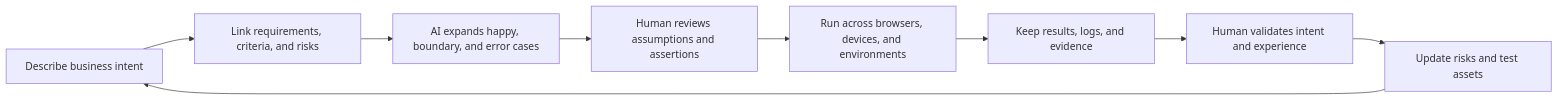
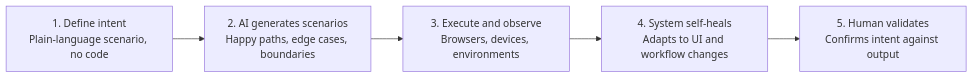
Before and after one commit to naodeng/naodeng.com.cn: the second of 3 diagrams in src/blog/en/AI-Testing/vibe-testing-intent-driven-quality.mdx, drawn with Mermaid. The commit also changed other lines of this file and 124 other files, not shown here.

````diff
--- a/src/blog/en/AI-Testing/vibe-testing-intent-driven-quality.mdx
+++ b/src/blog/en/AI-Testing/vibe-testing-intent-driven-quality.mdx
@@ -52,11 +52,7 @@
 ```mermaid
 flowchart LR
-    A[Describe business intent] --> B[Link requirements, criteria, and risks]
-    B --> C[AI expands happy, boundary, and error cases]
-    C --> D[Human reviews assumptions and assertions]
-    D --> E[Run across browsers, devices, and environments]
-    E --> F[Keep results, logs, and evidence]
-    F --> G[Human validates intent and experience]
-    G --> H[Update risks and test assets]
-    H --> A
+    A[1. Define intent<br/>Plain-language scenario, no code] --> B[2. AI generates scenarios<br/>Happy paths, edge cases, boundaries]
+    B --> C[3. Execute and observe<br/>Browsers, devices, environments]
+    C --> D[4. System self-heals<br/>Adapts to UI and workflow changes]
+    D --> E[5. Human validates<br/>Confirms intent against output]
 ```
````
